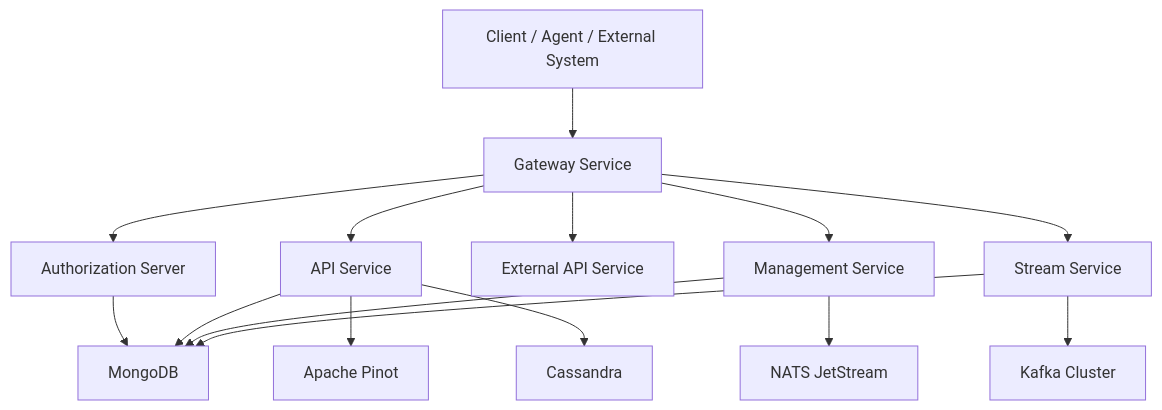
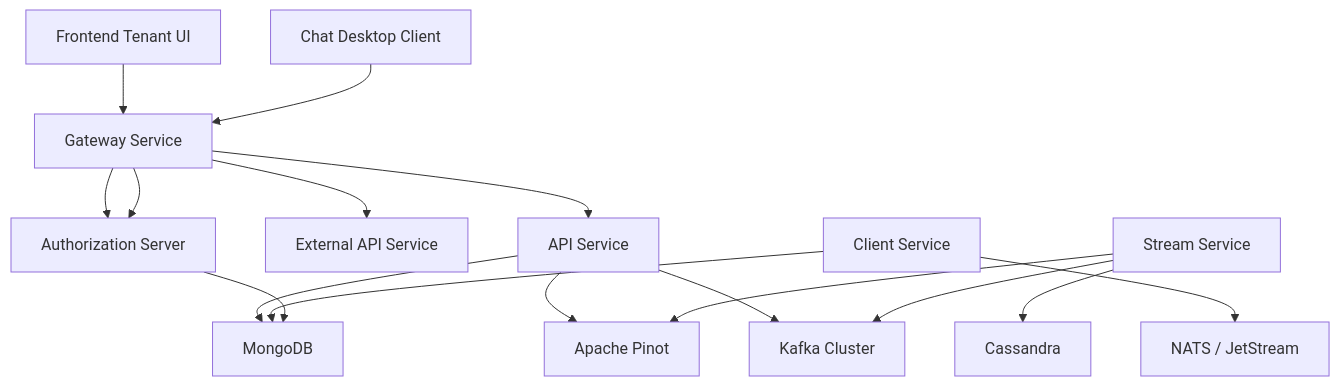
Before and after one commit to Praesto-Pro/openframe-oss-tenant: the first of 5 diagrams in docs/architecture/README.md, drawn with Mermaid. The commit also changed other lines of this file and 344 other files, not shown here.

````diff
--- a/docs/architecture/README.md
+++ b/docs/architecture/README.md
@@ -43,22 +27,23 @@
 ```mermaid
 flowchart TD
-    Client["Client / Agent / External System"] --> Gateway["Gateway Service"]
+    Frontend["Frontend Tenant UI"] --> Gateway["Gateway Service"]
+    ChatClient["Chat Desktop Client"] --> Gateway
 
-    Gateway --> Auth["Authorization Server"]
-    Gateway --> Api["API Service"]
+    Gateway --> ApiService["API Service"]
     Gateway --> ExternalApi["External API Service"]
-    Gateway --> Management["Management Service"]
-    Gateway --> Stream["Stream Service"]
+    Gateway --> AuthServer["Authorization Server"]
 
-    Auth --> Mongo["MongoDB"]
-    Api --> Mongo
-    Management --> Mongo
+    ApiService --> Mongo["MongoDB"]
+    ApiService --> Pinot["Apache Pinot"]
+    ApiService --> Kafka["Kafka Cluster"]
 
-    Stream --> Kafka["Kafka Cluster"]
-    Stream --> Mongo
+    StreamService["Stream Service"] --> Kafka
+    StreamService --> Cassandra["Cassandra"]
+    StreamService --> Pinot
 
-    Api --> Pinot["Apache Pinot"]
-    Api --> Cassandra["Cassandra"]
+    ClientService["Client Service"] --> Mongo
+    ClientService --> NATS["NATS / JetStream"]
 
-    Management --> Nats["NATS JetStream"]
+    AuthServer --> Mongo
+    Gateway --> AuthServer
 ```
````
